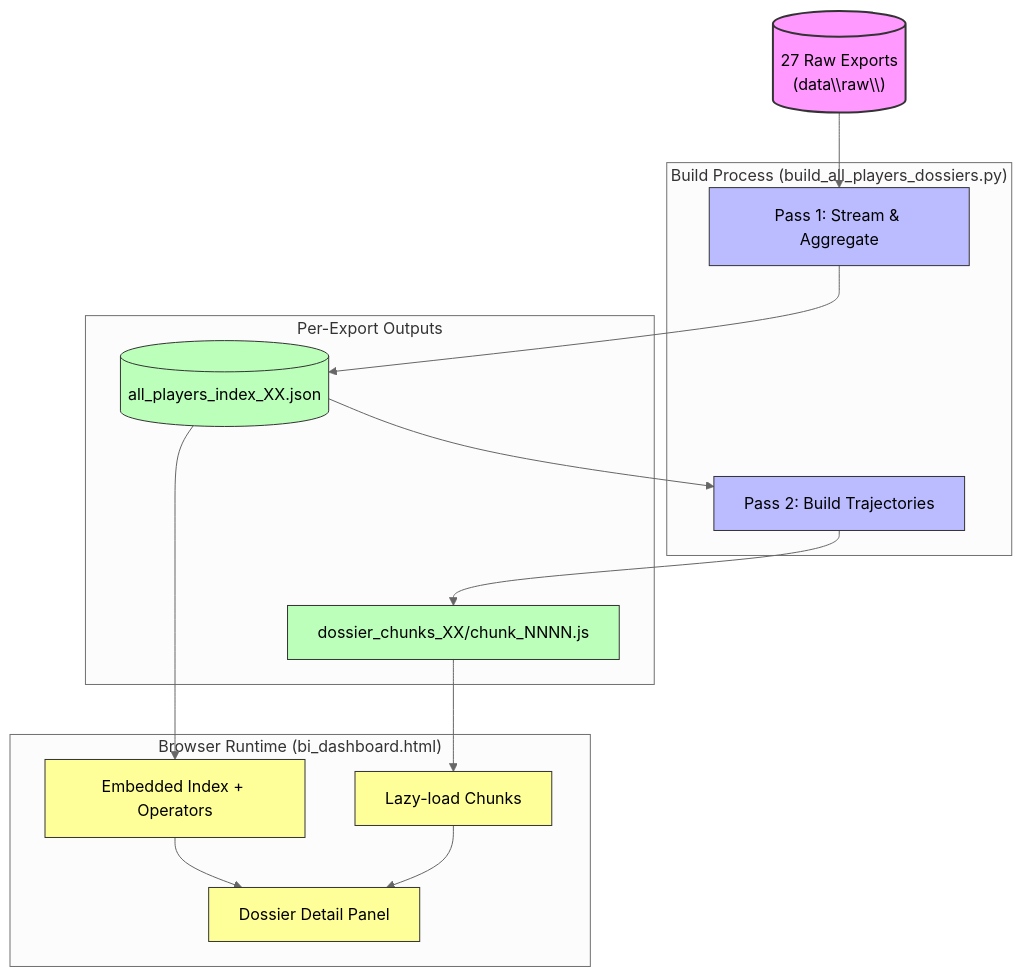
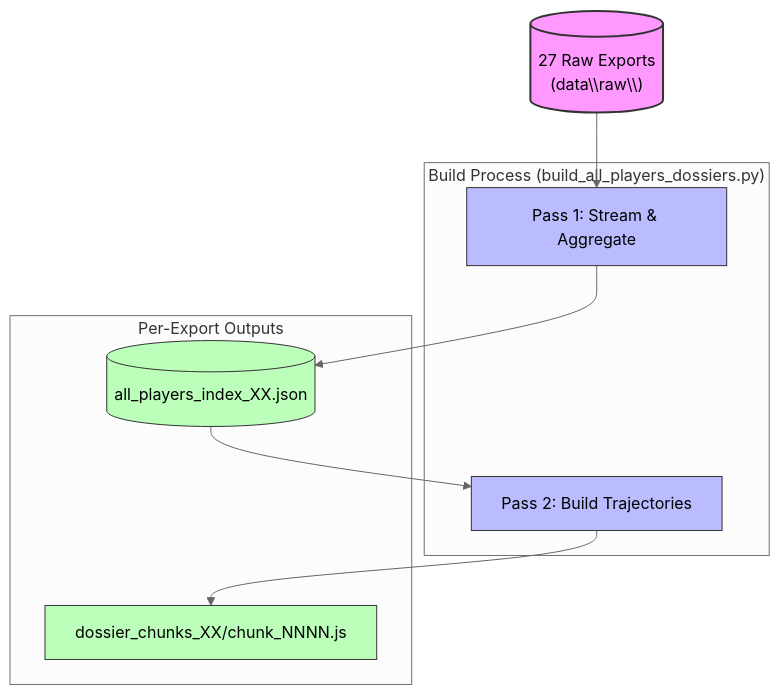
One commit to MagusZealot/OG-Product-BI changed the second of 5 diagrams in workspace_map.md. Above: the diagram before and after it, drawn with Mermaid (neutral theme). The commit also changed other lines of this file, not shown here.

````diff
--- a/workspace_map.md
+++ b/workspace_map.md
@@ -629,37 +336,25 @@
 ```mermaid
 flowchart TD
     subgraph Build["Build Process (build_all_players_dossiers.py)"]
         Pass1[Pass 1: Stream & Aggregate]
         Pass2[Pass 2: Build Trajectories]
     end
 
     subgraph Outputs["Per-Export Outputs"]
         Index[(all_players_index_XX.json)]
         Chunks[dossier_chunks_XX/chunk_NNNN.js]
     end
 
-    subgraph Runtime["Browser Runtime (bi_dashboard.html)"]
-        Embedded[Embedded Index + Operators]
-        LazyLoad[Lazy-load Chunks]
-        Detail[Dossier Detail Panel]
-    end
-
     RawExports[("27 Raw Exports\n(data\\raw\\)")] --> Pass1
     Pass1 --> Index
     Index --> Pass2
     Pass2 --> Chunks
-    Index --> Embedded
-    Chunks --> LazyLoad
-    Embedded --> Detail
-    LazyLoad --> Detail
 
     classDef build fill:#bbf,stroke:#333;
     classDef output fill:#bfb,stroke:#333;
-    classDef runtime fill:#ff9,stroke:#333;
     classDef raw fill:#f9f,stroke:#333,stroke-width:2px;
 
     class Pass1,Pass2 build;
     class Index,Chunks output;
-    class Embedded,LazyLoad,Detail runtime;
     class RawExports raw;
 ```
````
